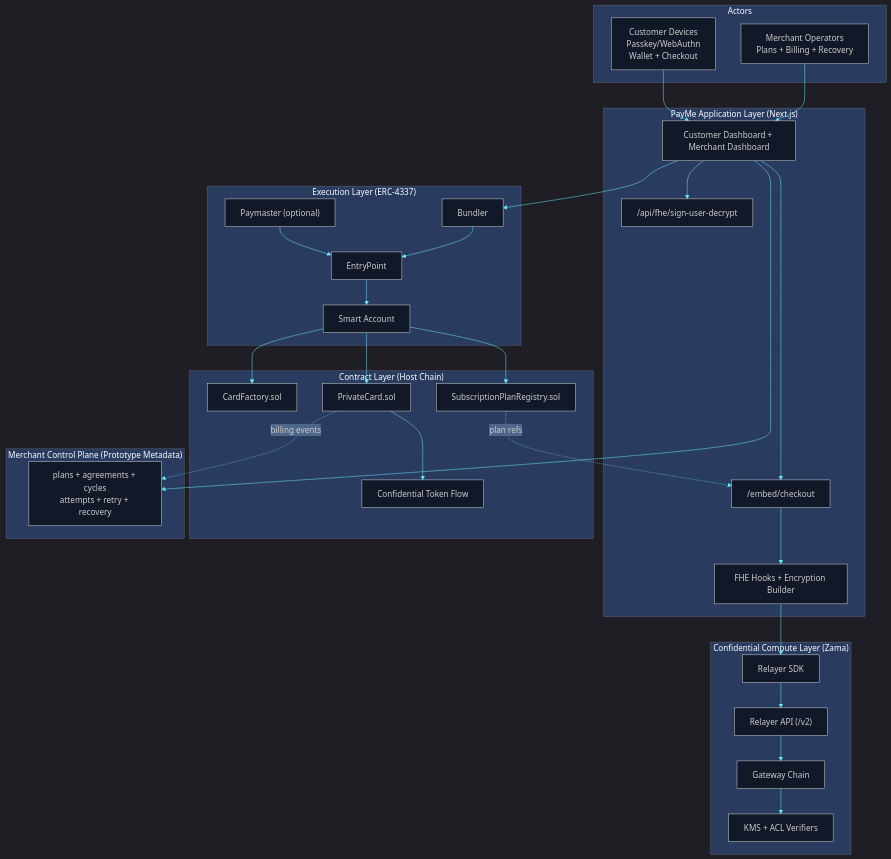
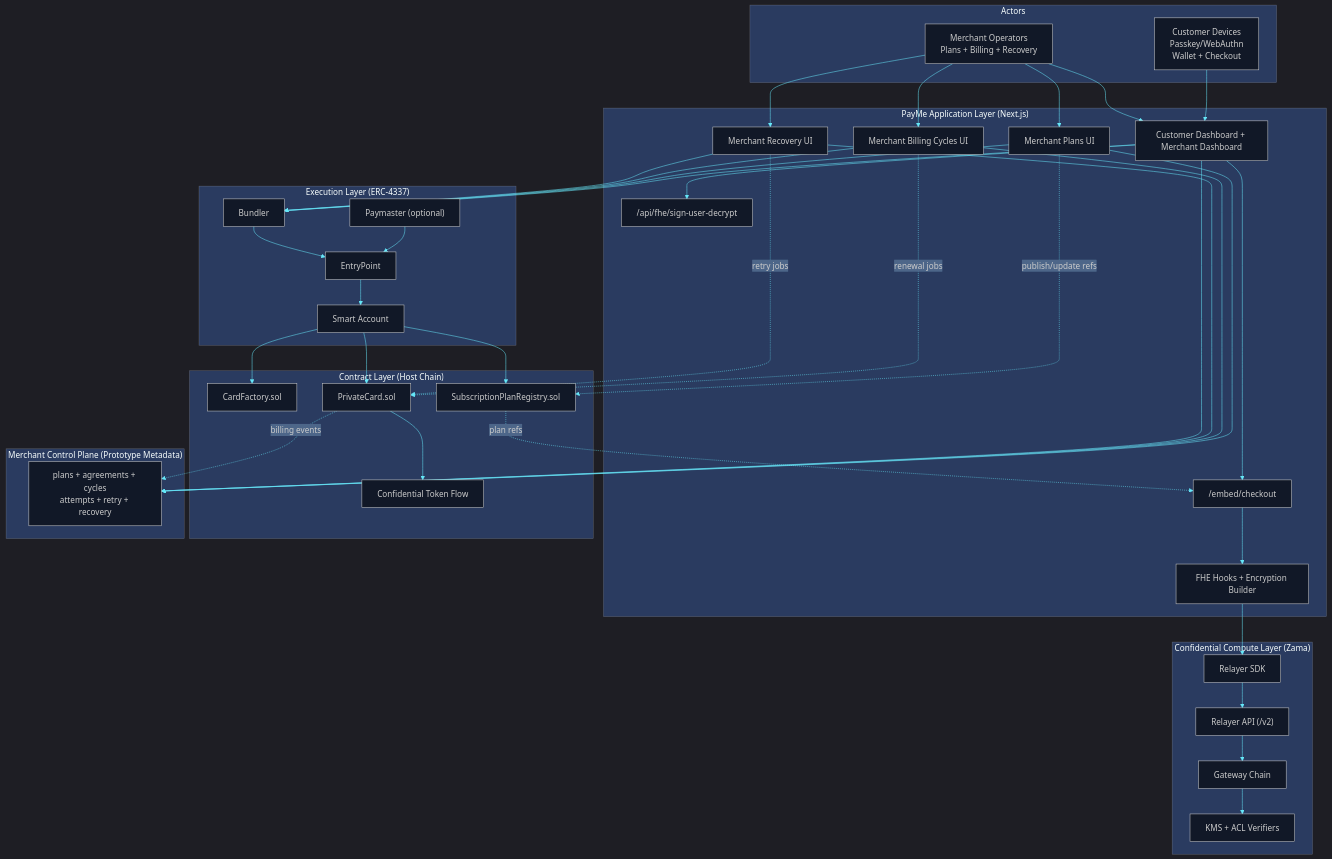
Before and after one commit to tekuuu/PayMe: the first of 3 diagrams in README.md, drawn with Mermaid. The commit also changed other lines of this file, not shown here.

Commit message:
docs: expand README architecture and merchant flow coverage

````diff
--- a/README.md
+++ b/README.md
@@ -124,63 +143,78 @@
 ```mermaid
 %%{init: {'theme':'dark', 'themeVariables': { 'primaryColor':'#22d3ee', 'primaryTextColor':'#ffffff', 'primaryBorderColor':'#06b6d4', 'lineColor':'#67e8f9', 'secondaryColor':'#111827', 'tertiaryColor':'#1f2937', 'background':'#0b1220', 'mainBkg':'#111827', 'secondBkg':'#1f2937', 'labelBackground':'#1f2937', 'labelTextColor':'#ffffff'}}}%%
 flowchart TB
     subgraph ACTORS["Actors"]
       C["Customer Devices<br/>Passkey/WebAuthn<br/>Wallet + Checkout"]
       M["Merchant Operators<br/>Plans + Billing + Recovery"]
     end
 
     subgraph APP["PayMe Application Layer (Next.js)"]
       FE["Customer Dashboard + Merchant Dashboard"]
+      MP["Merchant Plans UI"]
+      MB["Merchant Billing Cycles UI"]
+      MR["Merchant Recovery UI"]
       EMB["/embed/checkout"]
       API["/api/fhe/sign-user-decrypt"]
       FHEH["FHE Hooks + Encryption Builder"]
     end
 
     subgraph EXEC["Execution Layer (ERC-4337)"]
       B["Bundler"]
       EP["EntryPoint"]
       SA["Smart Account"]
       PM["Paymaster (optional)"]
     end
 
     subgraph FHE["Confidential Compute Layer (Zama)"]
       SDK["Relayer SDK"]
       REL["Relayer API (/v2)"]
       GW["Gateway Chain"]
       KMS["KMS + ACL Verifiers"]
     end
 
     subgraph CHAIN["Contract Layer (Host Chain)"]
       CF["CardFactory.sol"]
       PC["PrivateCard.sol"]
       SPR["SubscriptionPlanRegistry.sol"]
       TOK["Confidential Token Flow"]
     end
 
     subgraph OPS["Merchant Control Plane (Prototype Metadata)"]
       MCP["plans + agreements + cycles<br/>attempts + retry + recovery"]
     end
 
     C --> FE
     M --> FE
+    M --> MP
+    M --> MB
+    M --> MR
     FE --> EMB
     FE --> API
     EMB --> FHEH
     FHEH --> SDK
     SDK --> REL
     REL --> GW
     GW --> KMS
 
     FE --> B
+    MP --> B
+    MB --> B
+    MR --> B
     PM --> EP
     B --> EP
     EP --> SA
     SA --> CF
     SA --> PC
     SA --> SPR
     PC --> TOK
 
+    MP --> MCP
+    MB --> MCP
+    MR --> MCP
     FE --> MCP
     PC -. billing events .-> MCP
     SPR -. plan refs .-> EMB
+    MP -. publish/update refs .-> SPR
+    MB -. renewal jobs .-> PC
+    MR -. retry jobs .-> PC
 ```
````
